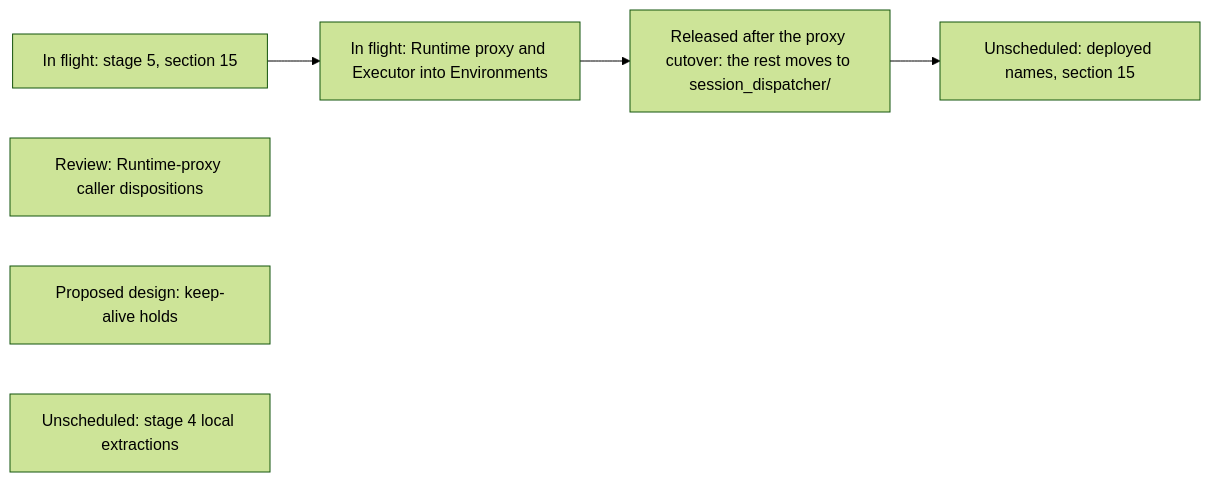
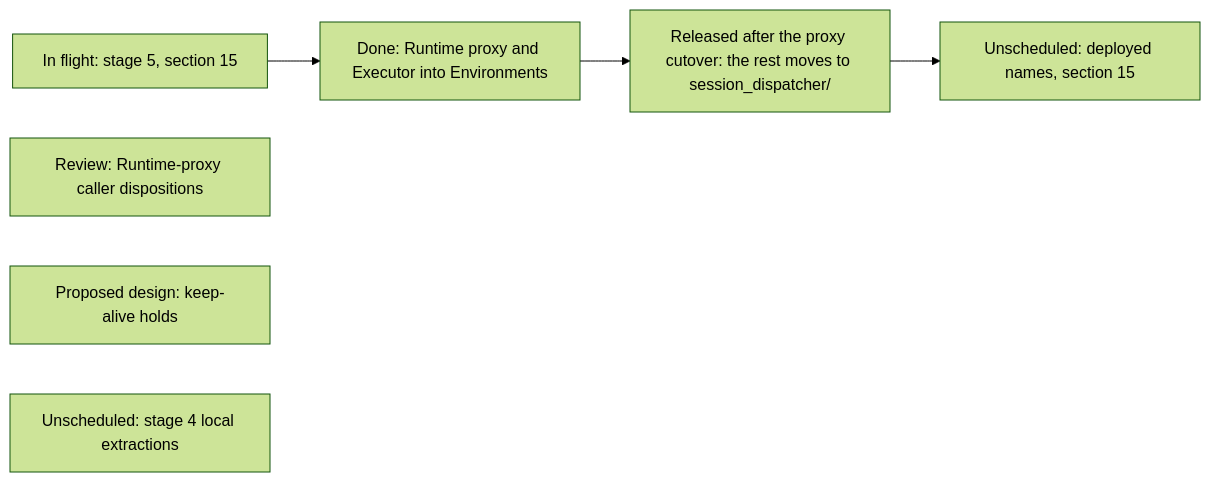
Diagram 20 of 20 in agentplane/plans/task_dag.md (agentydragon/ducktape), drawn with Mermaid (forest theme) before and after one commit. The commit also changed other lines of this file and 5 other files, not shown here.

````diff
--- a/agentplane/plans/task_dag.md
+++ b/agentplane/plans/task_dag.md
@@ -3885,13 +3885,13 @@
 ```mermaid
 flowchart LR
     PRIVILEGED_BACKEND_AUTH_DESIGN[In flight: stage 5, section 15]
     RUNTIME_PROXY_CALLER_AUDIT[Review: Runtime-proxy caller dispositions]
-    RUNTIME_PROXY_TO_ENVIRONMENTS[In flight: Runtime proxy and Executor into Environments]
+    RUNTIME_PROXY_TO_ENVIRONMENTS[Done: Runtime proxy and Executor into Environments]
     SESSIONS_BINARY_DIRECTORY[Released after the proxy cutover: the rest moves to session_dispatcher/]
     ENVIRONMENT_KEEP_ALIVE_HOLDS[Proposed design: keep-alive holds]
     GO_LOCAL_EXTRACTIONS[Unscheduled: stage 4 local extractions]
     RUNNER_GATEWAY_RENAME[Unscheduled: deployed names, section 15]
     PRIVILEGED_BACKEND_AUTH_DESIGN --> RUNTIME_PROXY_TO_ENVIRONMENTS
     RUNTIME_PROXY_TO_ENVIRONMENTS --> SESSIONS_BINARY_DIRECTORY
     SESSIONS_BINARY_DIRECTORY --> RUNNER_GATEWAY_RENAME
 ```
````
